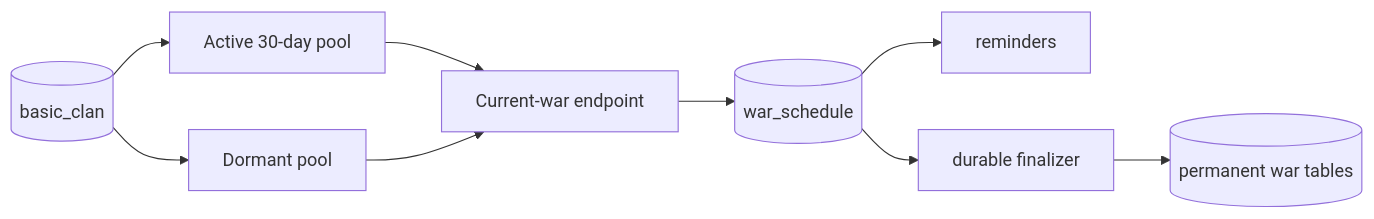
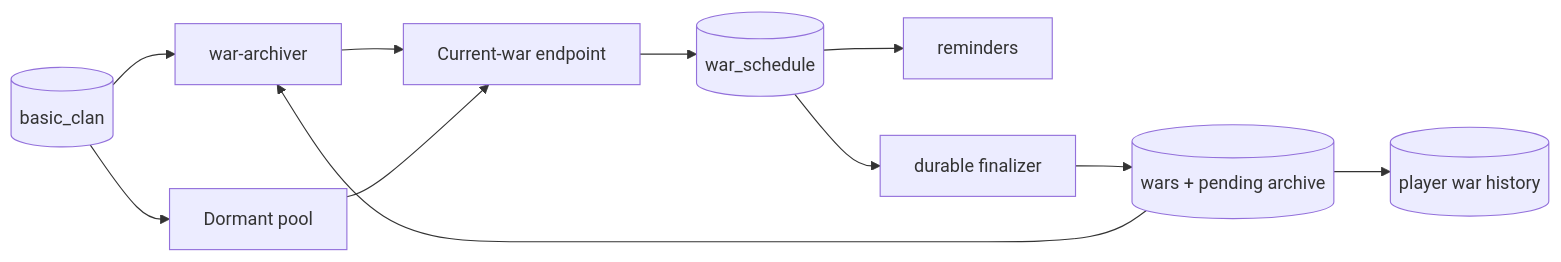
The diagram in docs/war-discovery.md (ClashKingInc/ClashKingTracking), drawn with Mermaid before and after one commit. The commit also changed other lines of this file and 36 other files, not shown here.

First line of the commit message:
feat(wars): archive completed wars in R2 packs

````diff
--- a/docs/war-discovery.md
+++ b/docs/war-discovery.md
@@ -84,11 +88,13 @@
 ```mermaid
 flowchart LR
   C[(basic_clan)] --> A[Active 30-day pool]
   C --> D[Dormant pool]
   A --> API[Current-war endpoint]
   D --> API
   API --> S[(war_schedule)]
   S --> R[reminders]
   S --> F[durable finalizer]
-  F --> W[(permanent war tables)]
+  F --> W[(wars + pending archive)]
+  W --> H[(player war history)]
+  W --> A[war-archiver]
 ```
````
